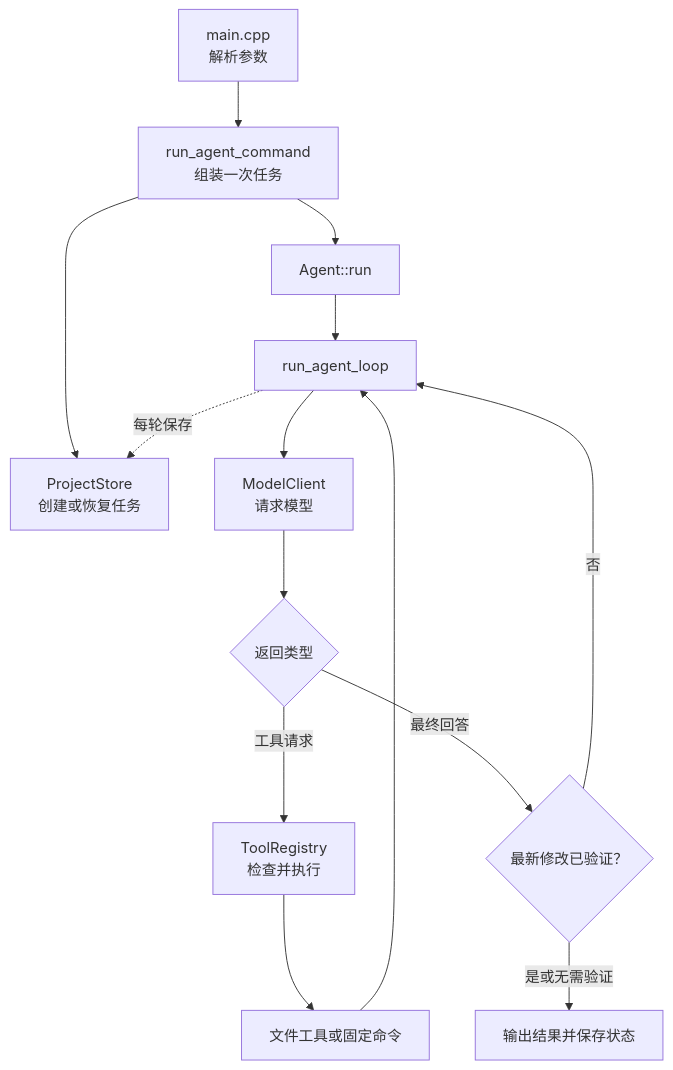
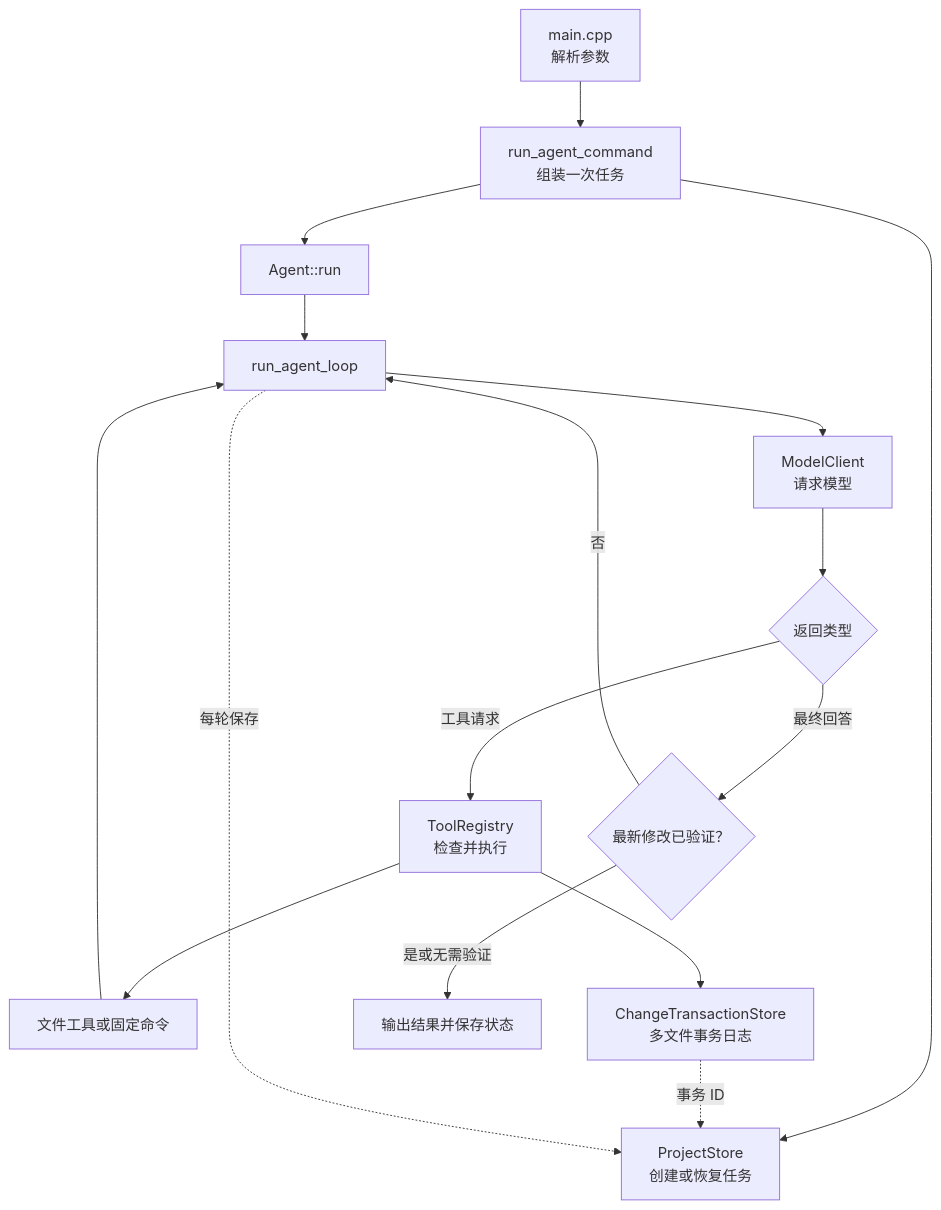
The diagram in docs/concepts/architecture.md (calvinhxx/mint), drawn with Mermaid before and after one commit. The commit also changed other lines of this file and 4 other files, not shown here.

```diff
--- a/docs/concepts/architecture.md
+++ b/docs/concepts/architecture.md
@@ -15,16 +15,18 @@
 ~~~mermaid
 flowchart TD
     main["main.cpp<br/>解析参数"] --> command["run_agent_command<br/>组装一次任务"]
     command --> store["ProjectStore<br/>创建或恢复任务"]
     command --> agent["Agent::run"]
     agent --> loop["run_agent_loop"]
     loop --> model["ModelClient<br/>请求模型"]
     model --> reply{"返回类型"}
     reply -- "工具请求" --> registry["ToolRegistry<br/>检查并执行"]
     registry --> local["文件工具或固定命令"]
+    registry --> transaction["ChangeTransactionStore<br/>多文件事务日志"]
     local --> loop
+    transaction -.->|事务 ID| store
     reply -- "最终回答" --> gate{"最新修改已验证？"}
     gate -- "否" --> loop
     gate -- "是或无需验证" --> result["输出结果并保存状态"]
     loop -.->|每轮保存| store
 ~~~
```
